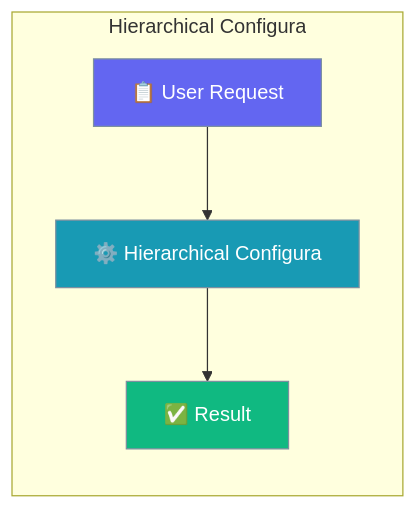
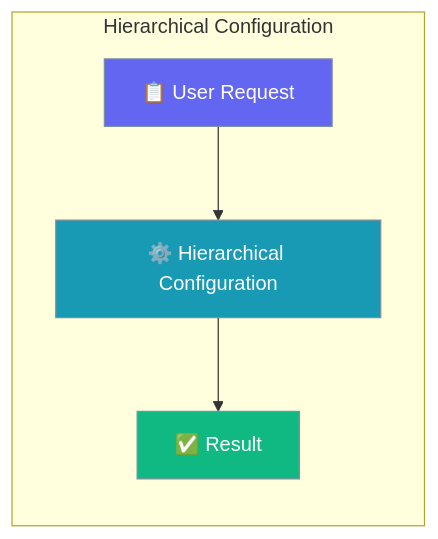
Before and after one commit to MervinPraison/PraisonAIDocs: the first of 6 diagrams in docs/features/hierarchical-config.mdx, drawn with Mermaid. The commit also changed 45 other files, not shown here.

First line of the commit message:
docs: fix truncated Mermaid diagram feature names (22-char cutoff)

````diff
--- a/docs/features/hierarchical-config.mdx
+++ b/docs/features/hierarchical-config.mdx
@@ -11,15 +11,15 @@
 ```mermaid
 graph LR
-    subgraph "Hierarchical Configura"
-        Request[📋 User Request] --> Process[⚙️ Hierarchical Configura]
+    subgraph "Hierarchical Configuration"
+        Request[📋 User Request] --> Process[⚙️ Hierarchical Configuration]
         Process --> Result[✅ Result]
     end
 
     classDef input fill:#6366F1,stroke:#7C90A0,color:#fff
     classDef process fill:#189AB4,stroke:#7C90A0,color:#fff
     classDef output fill:#10B981,stroke:#7C90A0,color:#fff
 
     class Request input
     class Process process
     class Result output
 ```
````
